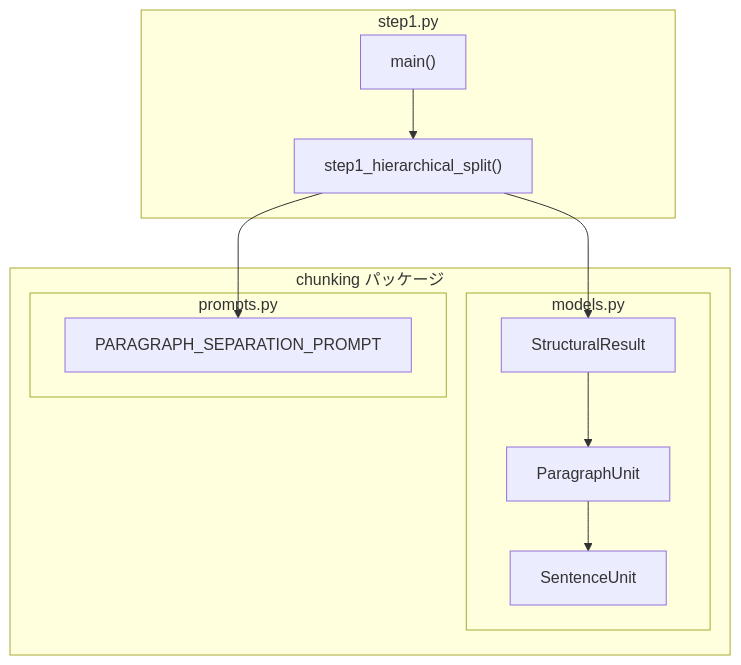
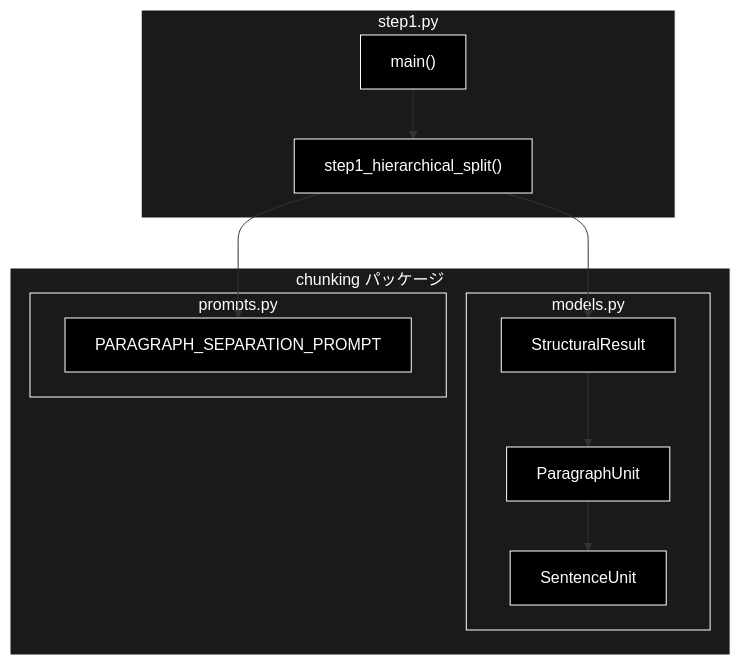
The fourth of 5 diagrams in chunking/doc/step1.md (nakashima2toshio/ollama_grace_agent_v2), drawn with Mermaid before and after one commit. The commit also changed other lines of this file and 13 other files, not shown here.

````diff
--- a/chunking/doc/step1.md
+++ b/chunking/doc/step1.md
@@ -199,24 +213,31 @@
 ```mermaid
 flowchart TB
     subgraph STEP1_PY["step1.py"]
         MAIN["main()"]
         CORE["step1_hierarchical_split()"]
     end
 
     subgraph CHUNKING["chunking パッケージ"]
         subgraph MODELS["models.py"]
             SR["StructuralResult"]
             PU["ParagraphUnit"]
             SU["SentenceUnit"]
         end
         subgraph PROMPTS["prompts.py"]
             PSP["PARAGRAPH_SEPARATION_PROMPT"]
         end
     end
 
     MAIN --> CORE
     CORE --> SR
     CORE --> PSP
     SR --> PU
     PU --> SU
+classDef default fill:#000,stroke:#fff,color:#fff
+classDef subgraphStyle fill:#1a1a1a,stroke:#fff,color:#fff
+class MAIN,CORE,SR,PU,SU,PSP default
+style STEP1_PY fill:#1a1a1a,stroke:#fff,color:#fff
+style CHUNKING fill:#1a1a1a,stroke:#fff,color:#fff
+style MODELS fill:#1a1a1a,stroke:#fff,color:#fff
+style PROMPTS fill:#1a1a1a,stroke:#fff,color:#fff
 ```
````
